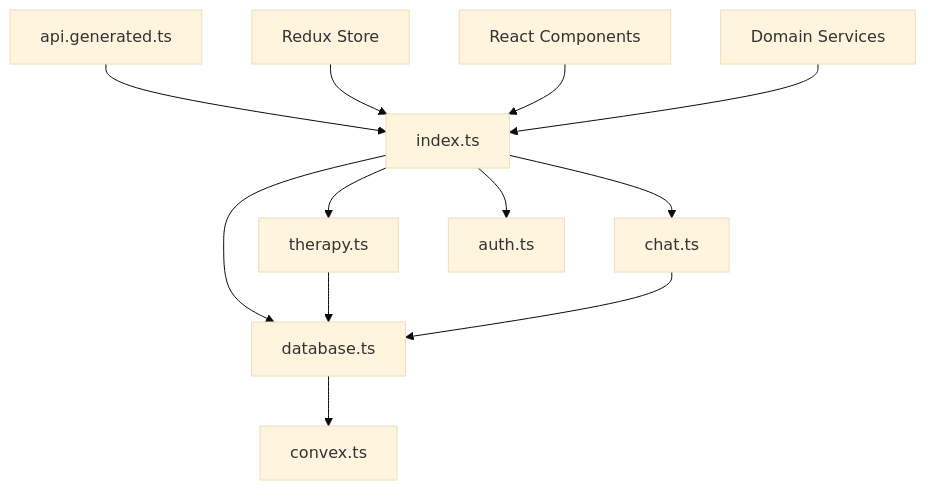
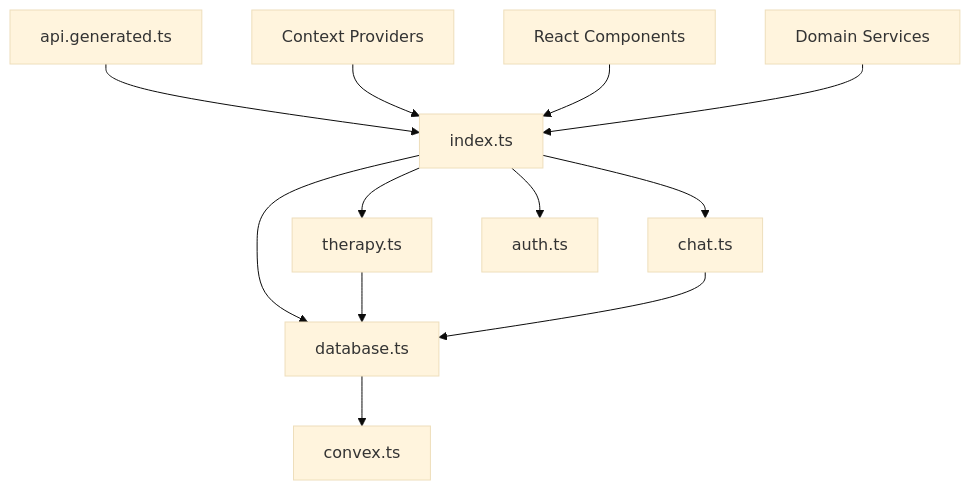
One commit to ddv1982/ai-therapist changed diagram 13 of 13 in docs/DATA_MODEL.md. Above: the diagram before and after it, drawn with Mermaid (base theme). The commit also changed other lines of this file and 35 other files, not shown here.

````diff
--- a/docs/DATA_MODEL.md
+++ b/docs/DATA_MODEL.md
@@ -1323,17 +1323,17 @@
 ```mermaid
 graph TD
     Index[index.ts] --> Database[database.ts]
     Index --> Therapy[therapy.ts]
     Index --> Chat[chat.ts]
     Index --> Auth[auth.ts]
 
     Database --> Convex[convex.ts]
     Therapy --> Database
     Chat --> Database
 
     API[api.generated.ts] --> Index
 
-    Store[Redux Store] --> Index
+    Store[Context Providers] --> Index
     Components[React Components] --> Index
     Services[Domain Services] --> Index
 ```
````
